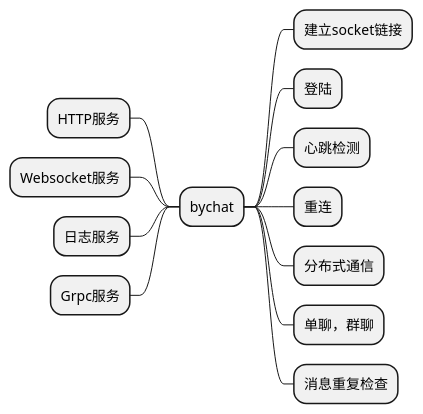
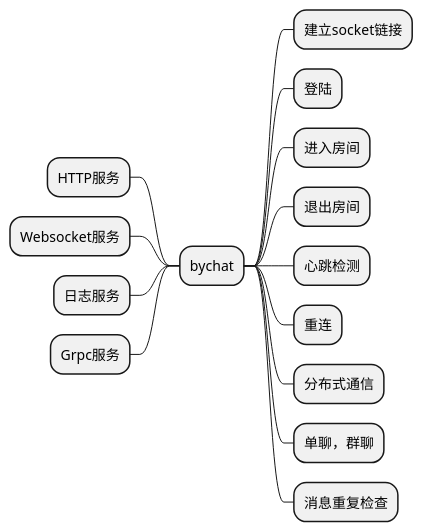
The diagram in doc/设计.md (byzze/bychat), drawn with PlantUML before and after one commit. The commit also changed 9 other files, not shown here.

````diff
--- a/doc/设计.md
+++ b/doc/设计.md
@@ -4,16 +4,18 @@
 ```puml
 @startmindmap
 + bychat
 ++ 建立socket链接
 ++ 登陆
+++ 进入房间
+++ 退出房间
 ++ 心跳检测
 ++ 重连
 ++ 分布式通信
 ++ 单聊，群聊
 ++ 消息重复检查
 -- HTTP服务
 -- Websocket服务
 -- 日志服务
 -- Grpc服务
 @endmindmap
 ```
````
